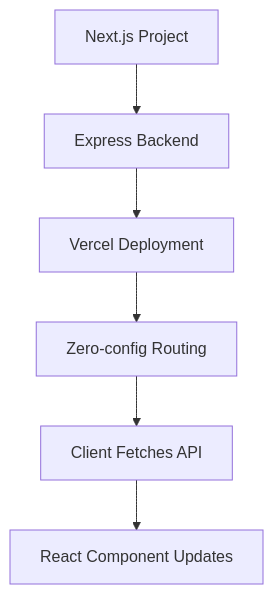
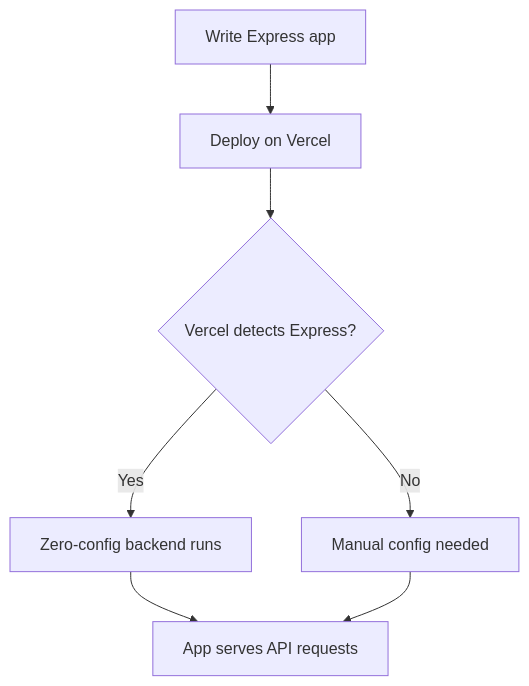
The diagram in content/blog/2025-09-05-zero-configuration-express-backends-89d739.mdx (zeeshanjunaid/zeeshanjunaid.dev), drawn with Mermaid before and after one commit. The commit also changed other lines of this file, not shown here.

````diff
--- a/content/blog/2025-09-05-zero-configuration-express-backends-89d739.mdx
+++ b/content/blog/2025-09-05-zero-configuration-express-backends-89d739.mdx
@@ -101,9 +101,9 @@
 ```mermaid
-%% Express backend integration flow
 flowchart TD
-  A[Next.js Project] --> B[Express Backend]
-  B --> C[Vercel Deployment]
-  C --> D[Zero-config Routing]
-  D --> E[Client Fetches API]
-  E --> F[React Component Updates]
+  A[Write Express app] --> B[Deploy on Vercel]
+  B --> C{Vercel detects Express?}
+  C -- Yes --> D[Zero-config backend runs]
+  C -- No --> E[Manual config needed]
+  D --> F[App serves API requests]
+  E --> F
 ```
````
